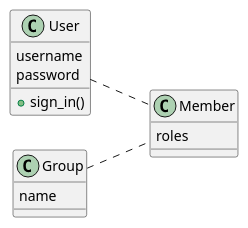
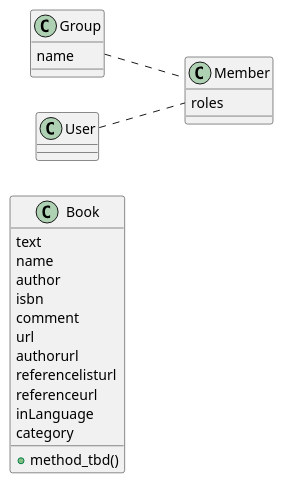
One commit to andysylvester/federated-bookshelves changed the diagram in class-diagrams/example_uml_book_opml.iuml. Above: the diagram before and after it, drawn with PlantUML.

Commit message:
Added book data attributes
Source: https://www.zylstra.org/blog/booklist-opml-data-structure/

```diff
--- a/class-diagrams/example_uml_book_opml.iuml
+++ b/class-diagrams/example_uml_book_opml.iuml
@@ -1,19 +1,28 @@
 @startuml
 left to right direction
-class User {
-  username
-  password
-  +sign_in()
+class Book {
+  text
+  name
+  author
+  isbn
+  comment
+  url
+  authorurl
+  referencelisturl
+  referenceurl
+  inLanguage
+  category
+  +method_tbd()
 }
 
 class Group {
   name
 }
 
 class Member {
   roles
 }
 
 User .. Member
 Group .. Member
 @enduml
```
